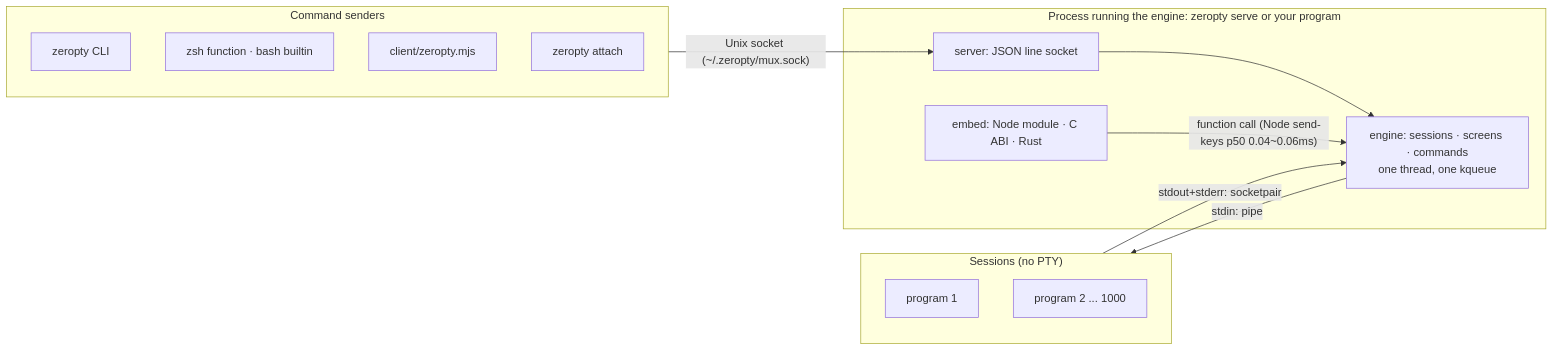
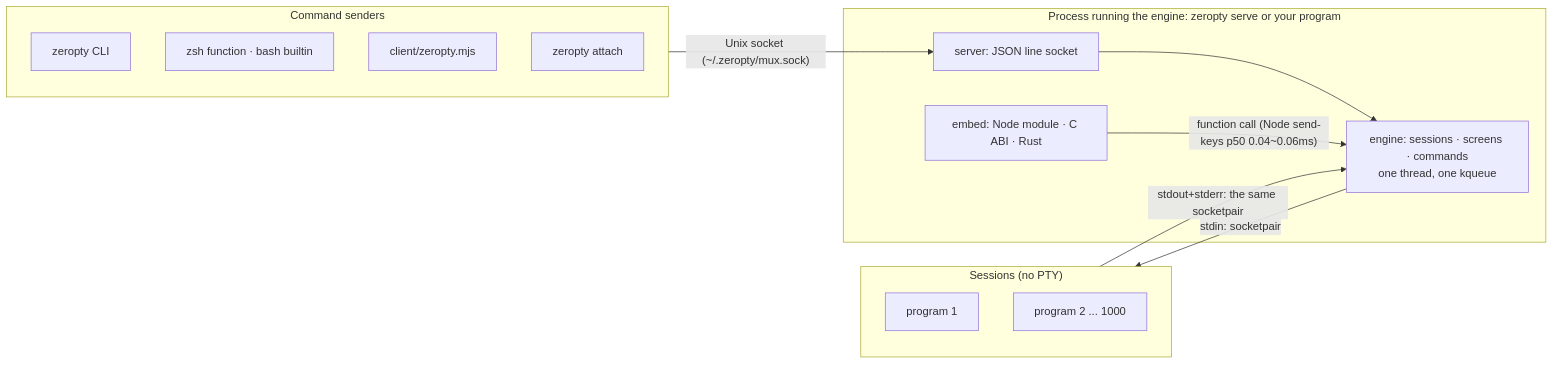
One commit to CreatiCoding/zeropty changed the first of 5 diagrams in docs/DESIGN.md. Above: the diagram before and after it, drawn with Mermaid. The commit also changed other lines of this file and 12 other files, not shown here.

````diff
--- a/docs/DESIGN.md
+++ b/docs/DESIGN.md
@@ -24,23 +24,23 @@
 ```mermaid
 flowchart LR
   subgraph clients["Command senders"]
     cli["zeropty CLI"]
     sh["zsh function · bash builtin"]
     node["client/zeropty.mjs"]
     att["zeropty attach"]
   end
   subgraph host["Process running the engine: zeropty serve or your program"]
     srv["server: JSON line socket"]
     eng["engine: sessions · screens · commands<br/>one thread, one kqueue"]
     emb["embed: Node module · C ABI · Rust"]
   end
   subgraph sessions["Sessions (no PTY)"]
     p1["program 1"]
     p2["program 2 ... 1000"]
   end
   clients -->|"Unix socket (~/.zeropty/mux.sock)"| srv
   srv --> eng
   emb -->|"function call (Node send-keys p50 0.04~0.06ms)"| eng
-  eng -->|"stdin: pipe"| sessions
-  sessions -->|"stdout+stderr: socketpair"| eng
+  eng -->|"stdin: socketpair"| sessions
+  sessions -->|"stdout+stderr: the same socketpair"| eng
 ```
````
